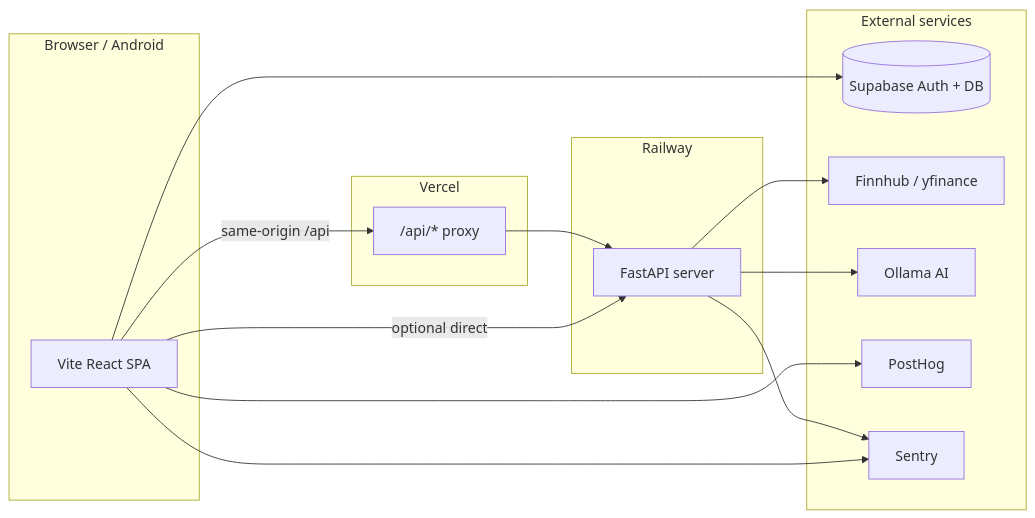
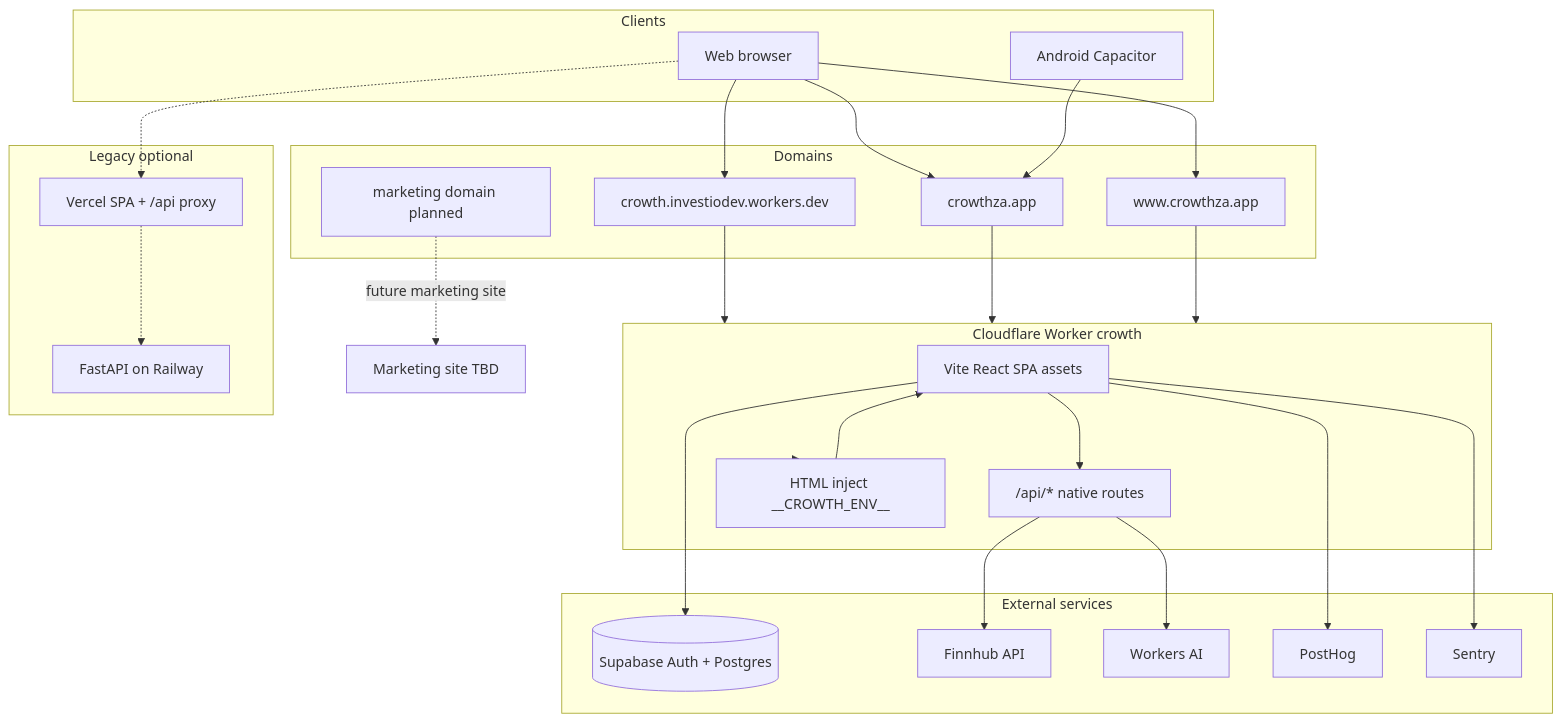
The diagram in README.md (Investio007/Investio), drawn with Mermaid before and after one commit. The commit also changed other lines of this file and 4 other files, not shown here.

Commit message:
Attach crowthza.app to Cloudflare Worker and update production docs.

````diff
--- a/README.md
+++ b/README.md
@@ -71,28 +78,54 @@
 ```mermaid
-flowchart LR
-  subgraph client [Browser / Android]
-    Vite[Vite React SPA]
+flowchart TB
+  subgraph clients [Clients]
+    Web[Web browser]
+    Android[Android Capacitor]
   end
-  subgraph vercel [Vercel]
-  Proxy["/api/* proxy"]
+
+  subgraph domains [Domains]
+    AppDomain["crowthza.app"]
+    WwwDomain["www.crowthza.app"]
+    WorkersDev["crowth.investiodev.workers.dev"]
+    MktDomain["marketing domain planned"]
   end
-  subgraph railway [Railway]
-    API[FastAPI server]
+
+  subgraph cloudflare [Cloudflare Worker crowth]
+    SPA[Vite React SPA assets]
+    API["/api/* native routes"]
+    Inject["HTML inject __CROWTH_ENV__"]
   end
+
   subgraph external [External services]
-    SB[(Supabase Auth + DB)]
-    FH[Finnhub / yfinance]
-    OL[Ollama AI]
+    SB[(Supabase Auth + Postgres)]
+    FH[Finnhub API]
+    WAI[Workers AI]
     PH[PostHog]
     SE[Sentry]
   end
-  Vite -->|same-origin /api| Proxy
-  Vite -->|optional direct| API
-  Proxy --> API
-  Vite --> SB
-  Vite --> PH
-  Vite --> SE
+
+  subgraph legacy [Legacy optional]
+    Vercel[Vercel SPA + /api proxy]
+    Railway[FastAPI on Railway]
+  end
+
+  Web --> WorkersDev
+  Web --> AppDomain
+  Web --> WwwDomain
+  Android --> AppDomain
+  WorkersDev --> cloudflare
+  AppDomain --> cloudflare
+  WwwDomain --> cloudflare
+  MktDomain -.->|future marketing site| MktPlaceholder[Marketing site TBD]
+
+  cloudflare --> Inject
+  Inject --> SPA
+  SPA --> API
+  SPA --> SB
+  SPA --> PH
+  SPA --> SE
   API --> FH
-  API --> OL
-  API --> SE
+  API --> WAI
+
+  Web -.-> Vercel
+  Vercel -.-> Railway
 ```
````
